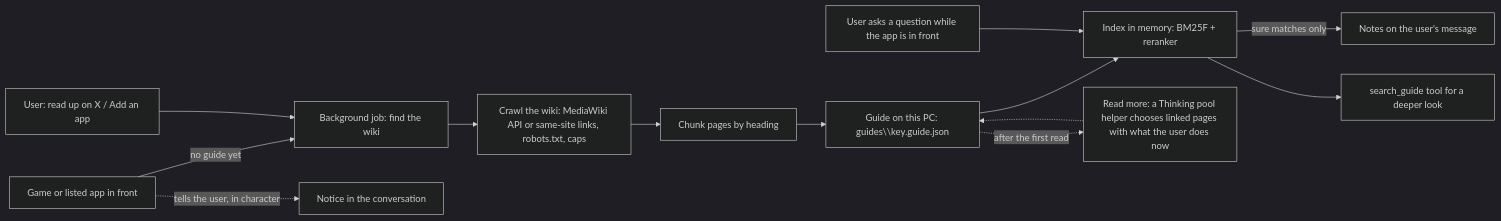
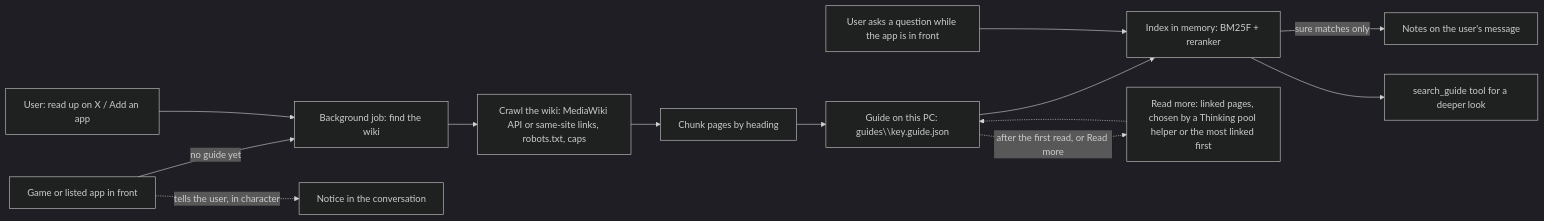
One commit to throndir2/Martlet changed the diagram in docs/APP_GUIDES.md. Above: the diagram before and after it, drawn with Mermaid (dark theme). The commit also changed other lines of this file and 25 other files, not shown here.

First line of the commit message:
Read more adds pages to an app guide from the same wiki

````diff
--- a/docs/APP_GUIDES.md
+++ b/docs/APP_GUIDES.md
@@ -62,15 +70,15 @@
 ```mermaid
 flowchart LR
     A[Game or listed app in front] -->|no guide yet| C[Background job: find the wiki]
     A -.->|tells the user, in character| B[Notice in the conversation]
     U[User: read up on X / Add an app] --> C
     C --> D[Crawl the wiki: MediaWiki API or same-site links, robots.txt, caps]
     D --> E[Chunk pages by heading]
     E --> F[Guide on this PC: guides\\key.guide.json]
     F --> G[Index in memory: BM25F + reranker]
-    F -.->|after the first read| M[Read more: a Thinking pool helper chooses linked pages with what the user does now]
+    F -.->|after the first read, or Read more| M[Read more: linked pages, chosen by a Thinking pool helper or the most linked first]
     M -.-> F
     Q[User asks a question while the app is in front] --> G
     G -->|sure matches only| N[Notes on the user's message]
     G --> T[search_guide tool for a deeper look]
 ```
````
